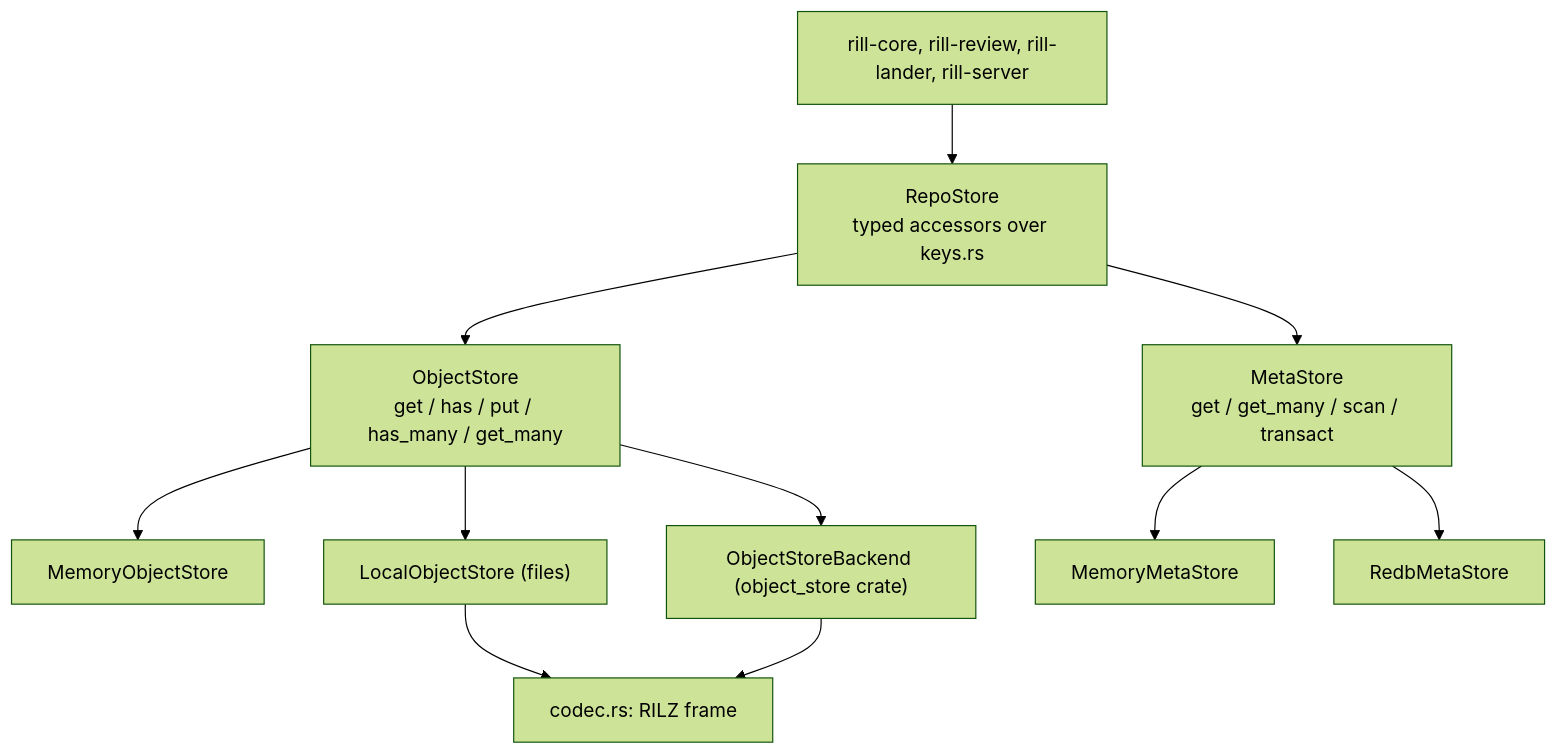
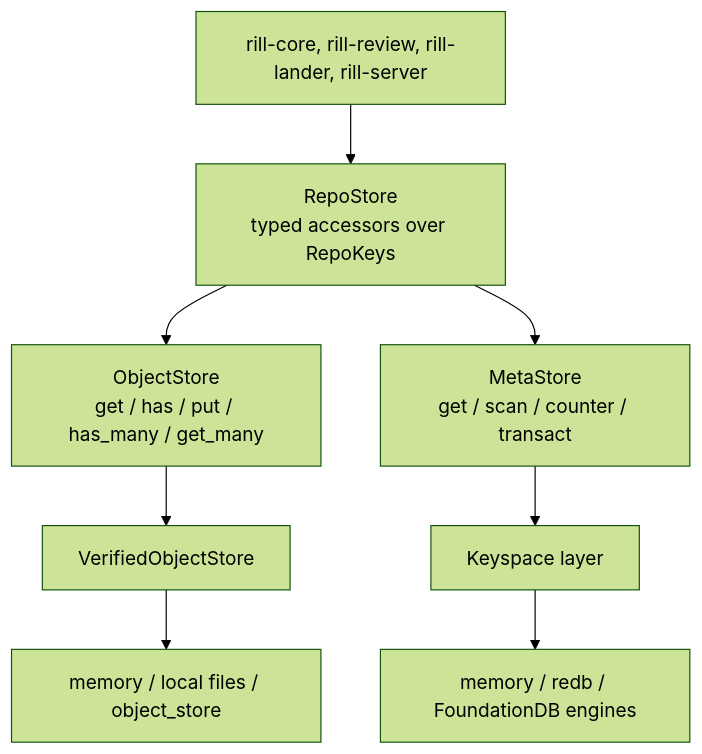
The diagram in architecture/02-data/storage-and-keyspace.md (envoy1084/rill), drawn with Mermaid (forest theme) before and after one commit. The commit also changed other lines of this file and 26 other files, not shown here.

First line of the commit message:
docs: describe the keyspace layer, metadata engines and FoundationDB

````diff
--- a/architecture/02-data/storage-and-keyspace.md
+++ b/architecture/02-data/storage-and-keyspace.md
@@ -9,13 +10,8 @@
 ```mermaid
 flowchart TD
-    SVC["rill-core, rill-review, rill-lander, rill-server"] --> RS["RepoStore<br/>typed accessors over keys.rs"]
+    SVC["rill-core, rill-review, rill-lander, rill-server"] --> RS["RepoStore<br/>typed accessors over RepoKeys"]
     RS --> OS["ObjectStore<br/>get / has / put / has_many / get_many"]
-    RS --> MS["MetaStore<br/>get / get_many / scan / transact"]
-    OS --> MO["MemoryObjectStore"]
-    OS --> LO["LocalObjectStore (files)"]
-    OS --> S3["ObjectStoreBackend (object_store crate)"]
-    MS --> MM["MemoryMetaStore"]
-    MS --> RM["RedbMetaStore"]
-    LO --> CODEC["codec.rs: RILZ frame"]
-    S3 --> CODEC
+    RS --> MS["MetaStore<br/>get / scan / counter / transact"]
+    OS --> V["VerifiedObjectStore"] --> MO["memory / local files / object_store"]
+    MS --> KS["Keyspace layer"] --> EN["memory / redb / FoundationDB engines"]
 ```
````
